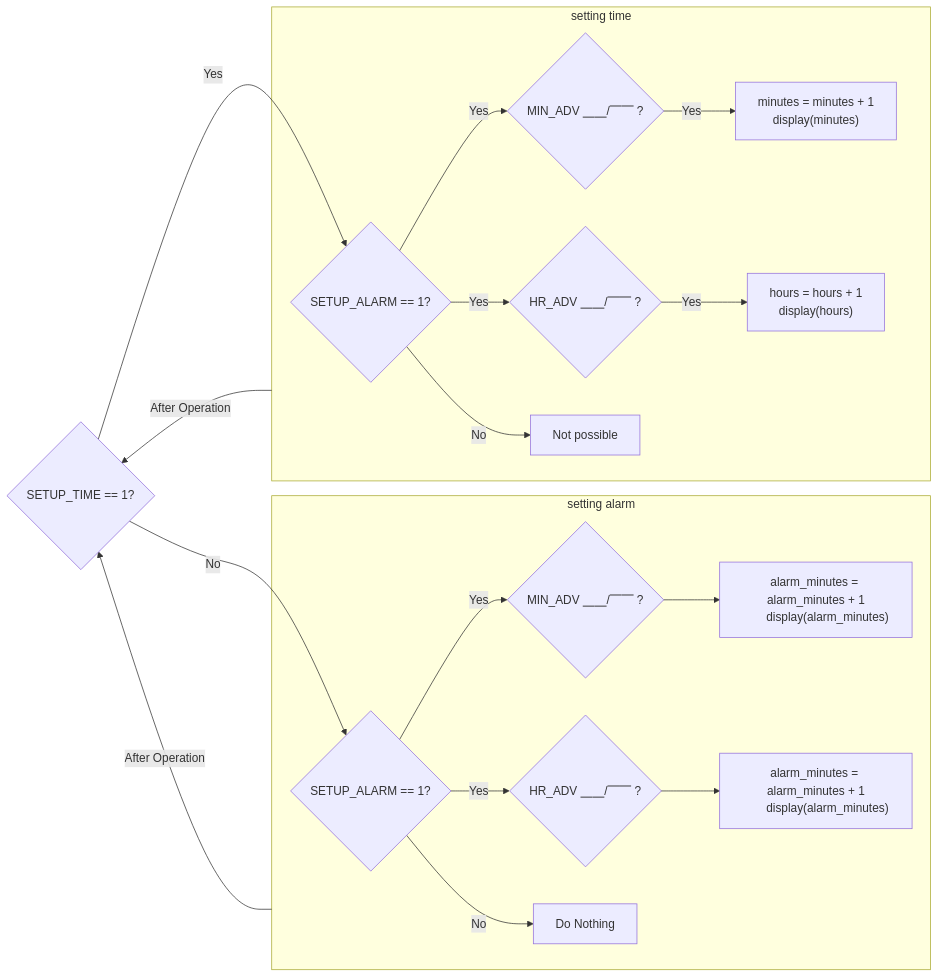
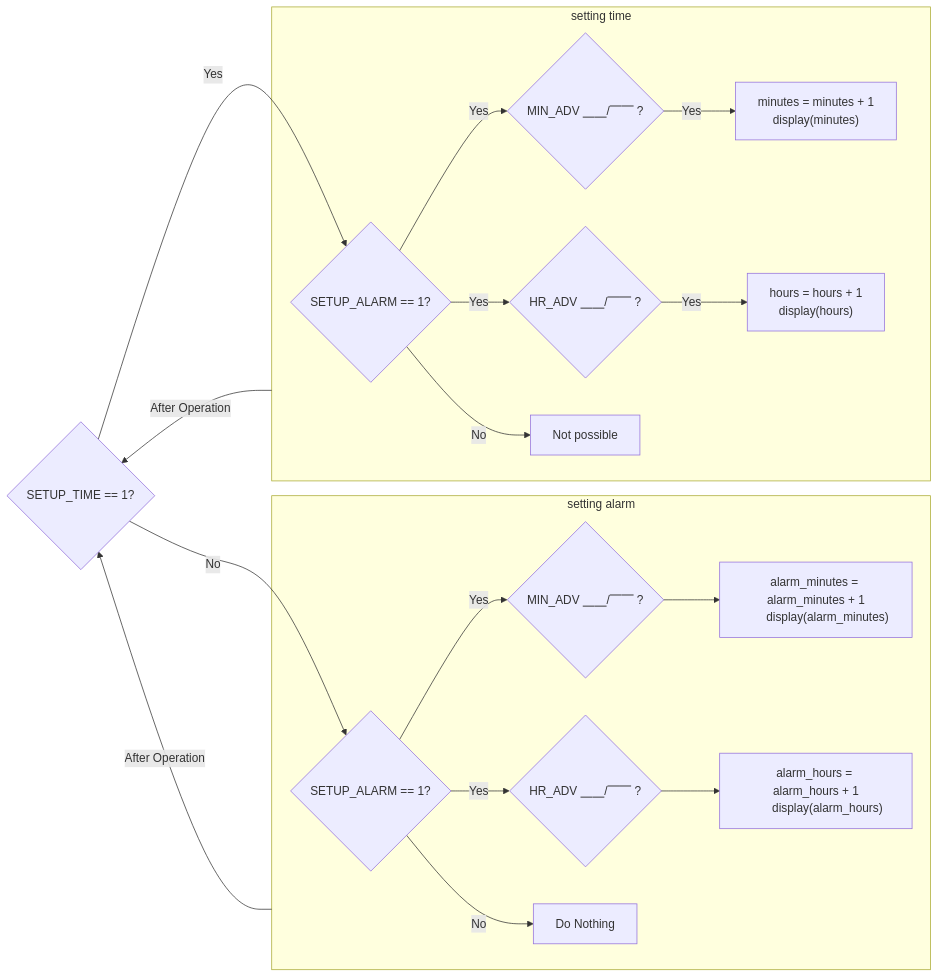
One commit to pei-lu/fa24-labs changed the first of 2 diagrams in docs/docs/lab1/part1/the_alarm.md. Above: the diagram before and after it, drawn with Mermaid. The commit also changed other lines of this file and 8 other files, not shown here.

````diff
--- a/docs/docs/lab1/part1/the_alarm.md
+++ b/docs/docs/lab1/part1/the_alarm.md
@@ -106,37 +106,37 @@
 ```mermaid
 flowchart LR
     A{SETUP_TIME == 1?}
     A1{SETUP_ALARM == 1?}
     A2{SETUP_ALARM == 1?}
     B{MIN_ADV ⎽⎽/⎺⎺ ?}
     B1{MIN_ADV ⎽⎽/⎺⎺ ?}
     C["minutes = minutes + 1
        display(minutes)"]
     C1["alarm_minutes = alarm_minutes + 1
        display(alarm_minutes)"]
     D{HR_ADV ⎽⎽/⎺⎺ ?}
     D1{HR_ADV ⎽⎽/⎺⎺ ?}
     E["hours = hours + 1
        display(hours)"]
-    E1["alarm_minutes = alarm_minutes + 1
-       display(alarm_minutes)"]
+    E1["alarm_hours = alarm_hours + 1
+       display(alarm_hours)"]
 
     A -->|No| A1
     A -->|Yes| A2
 
     subgraph alarm [setting alarm]
     A1 -->|Yes| B1 & D1
     A1 -->|No| G["Do Nothing"]
     B1 --> C1
     D1 --> E1
     end 
 
     subgraph time [setting time]
     A2 -->|Yes| B & D
     A2 -->|No| F["Not possible"]
     B -->|Yes| C
     D -->|Yes| E
     end
 
     time & alarm -->|After Operation| A
 ```
````
